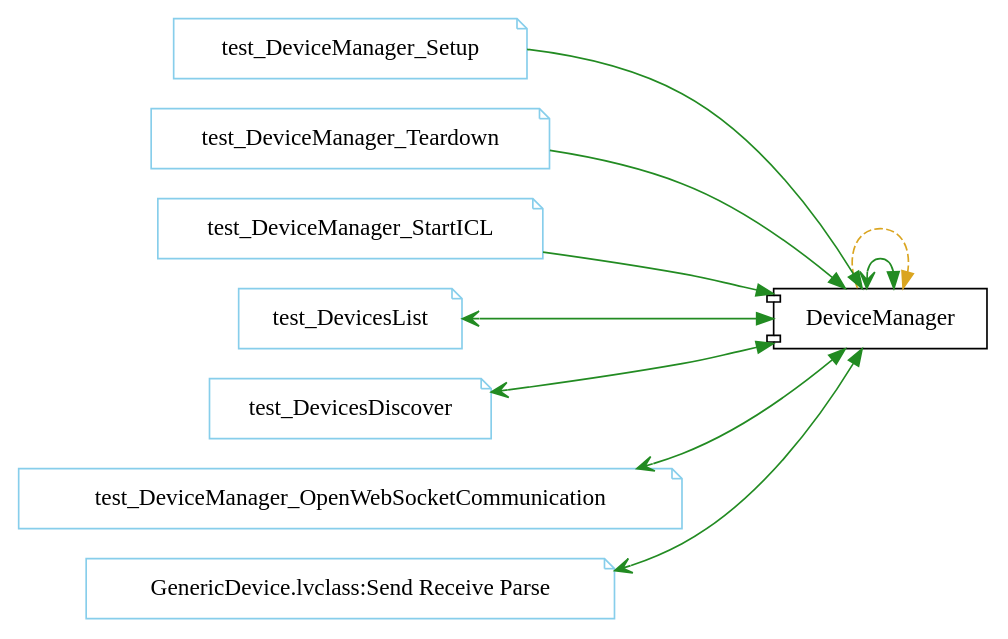
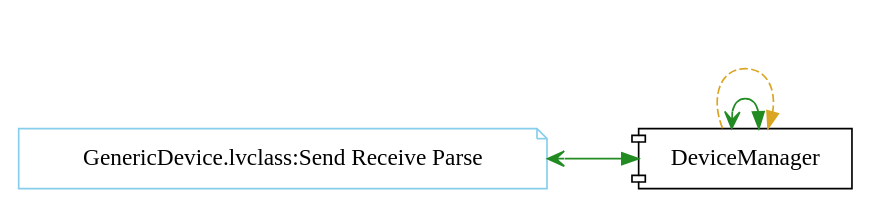
The diagram in docs/Includes/002.adoc (HORIBAEzSpecSDK/labview-sdk), drawn with Graphviz before and after one commit. The commit also changed 211 other files, not shown here.

```diff
--- a/docs/Includes/002.adoc
+++ b/docs/Includes/002.adoc
@@ -16,25 +16,13 @@
 [graphviz, format="png", align="center"]
 ....
-digraph G20733 {
+digraph G503347 {
 rankdir=LR;
 edge[dir=both color=black  arrowhead=normal arrowtail=none style=filled penwidth=1]
 node[color=black shape=box]
 "DeviceManager"[color=black shape=component]
-"test_DeviceManager_Setup"[color=skyblue shape=note]
-"test_DeviceManager_Teardown"[color=skyblue shape=note]
-"test_DeviceManager_StartICL"[color=skyblue shape=note]
-"test_DevicesList"[color=skyblue shape=note]
-"test_DevicesDiscover"[color=skyblue shape=note]
-"test_DeviceManager_OpenWebSocketCommunication"[color=skyblue shape=note]
 "GenericDevice.lvclass:Send Receive Parse"[color=skyblue shape=note]
 "DeviceManager" -> "DeviceManager" [label="    " dir=both color=forestgreen  arrowhead=normal arrowtail=vee style=filled penwidth=1];
-"test_DeviceManager_Setup" -> "DeviceManager" [label="    " dir=both color=forestgreen  arrowhead=normal arrowtail=none style=filled penwidth=1];
-"test_DeviceManager_Teardown" -> "DeviceManager" [label="    " dir=both color=forestgreen  arrowhead=normal arrowtail=none style=filled penwidth=1];
-"test_DeviceManager_StartICL" -> "DeviceManager" [label="    " dir=both color=forestgreen  arrowhead=normal arrowtail=none style=filled penwidth=1];
-"test_DevicesList" -> "DeviceManager" [label="    " dir=both color=forestgreen  arrowhead=normal arrowtail=vee style=filled penwidth=1];
-"test_DevicesDiscover" -> "DeviceManager" [label="    " dir=both color=forestgreen  arrowhead=normal arrowtail=vee style=filled penwidth=1];
-"test_DeviceManager_OpenWebSocketCommunication" -> "DeviceManager" [label="    " dir=both color=forestgreen  arrowhead=normal arrowtail=vee style=filled penwidth=1];
 "GenericDevice.lvclass:Send Receive Parse" -> "DeviceManager" [label="    " dir=both color=forestgreen  arrowhead=normal arrowtail=vee style=filled penwidth=1];
 "DeviceManager" -> "DeviceManager" [label=" " dir=both color=goldenrod  arrowhead=normal arrowtail=none style=dashed penwidth=1];
 }
 ....
```
